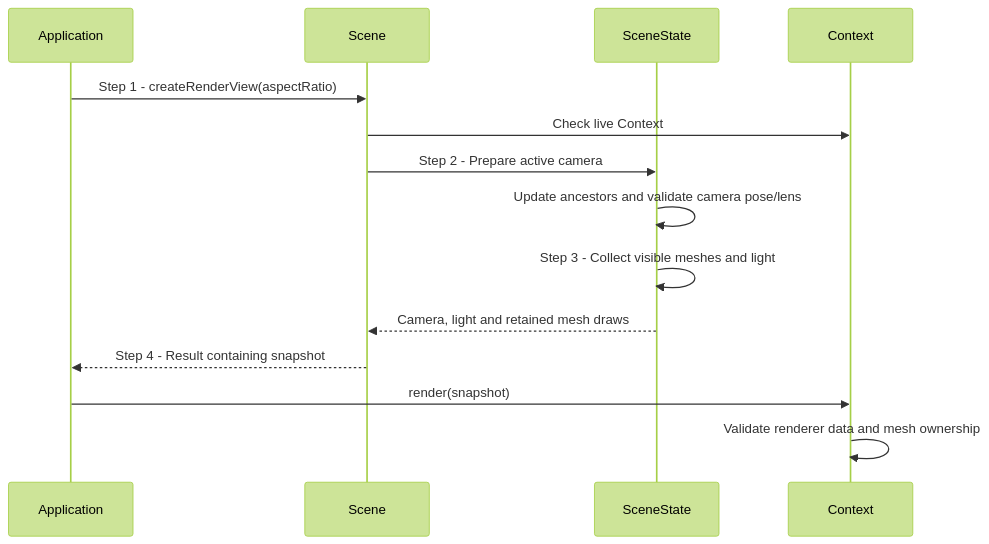
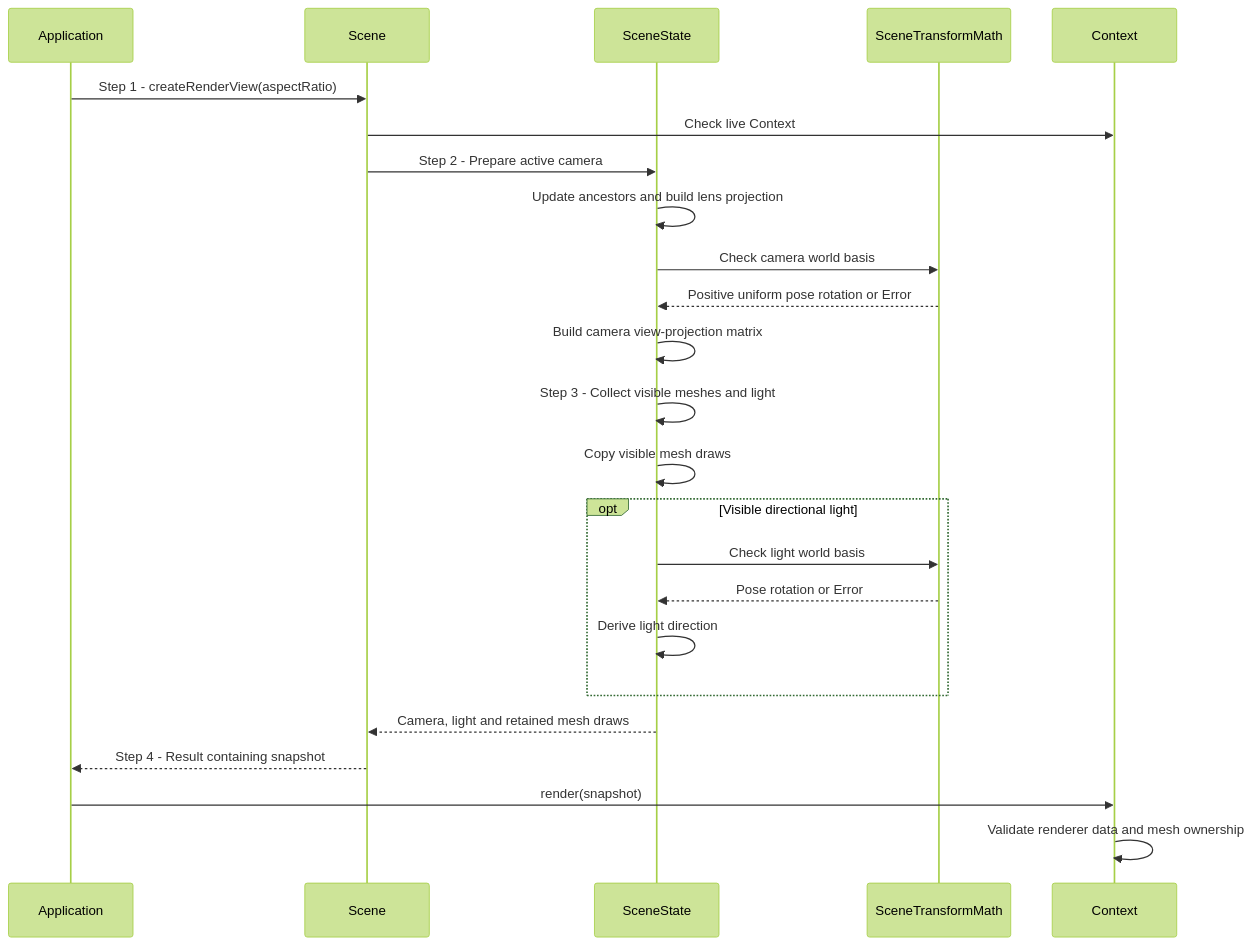
The diagram in docs/use-cases/render-scene-transforms.md (a-soltysik/Panda), drawn with Mermaid (forest theme) before and after one commit. The commit also changed other lines of this file and 7 other files, not shown here.

Commit message:
Extract checked scene transform math (#112)

````diff
--- a/docs/use-cases/render-scene-transforms.md
+++ b/docs/use-cases/render-scene-transforms.md
@@ -41,16 +43,26 @@
 ```mermaid
 sequenceDiagram
     participant A as Application
     participant S as Scene
     participant D as SceneState
+    participant M as SceneTransformMath
     participant C as Context
     A->>S: Step 1 - createRenderView(aspectRatio)
     S->>C: Check live Context
     S->>D: Step 2 - Prepare active camera
-    D->>D: Update ancestors and validate camera pose/lens
+    D->>D: Update ancestors and build lens projection
+    D->>M: Check camera world basis
+    M-->>D: Positive uniform pose rotation or Error
+    D->>D: Build camera view-projection matrix
     D->>D: Step 3 - Collect visible meshes and light
+    D->>D: Copy visible mesh draws
+    opt Visible directional light
+        D->>M: Check light world basis
+        M-->>D: Pose rotation or Error
+        D->>D: Derive light direction
+    end
     D-->>S: Camera, light and retained mesh draws
     S-->>A: Step 4 - Result containing snapshot
     A->>C: render(snapshot)
     C->>C: Validate renderer data and mesh ownership
 ```
````
